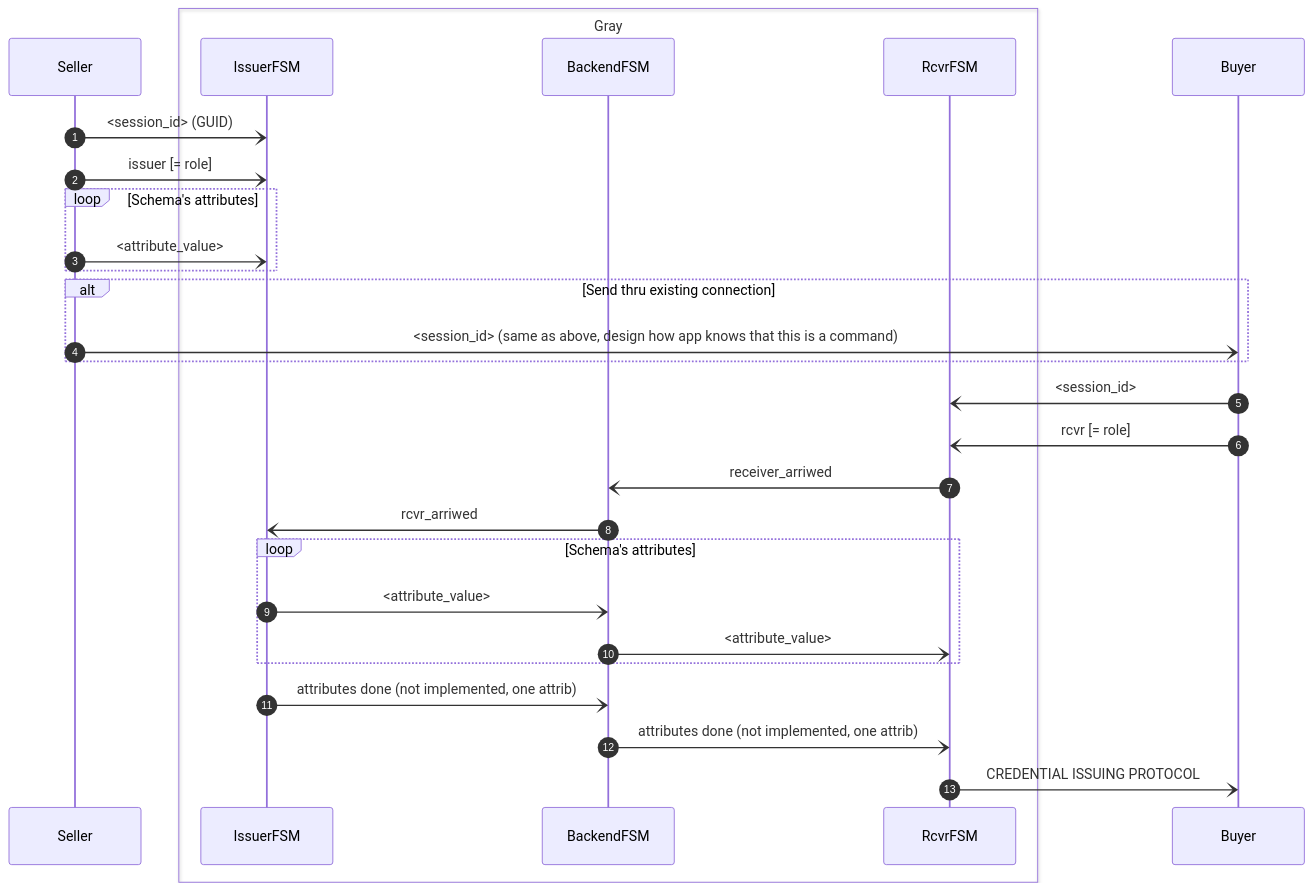
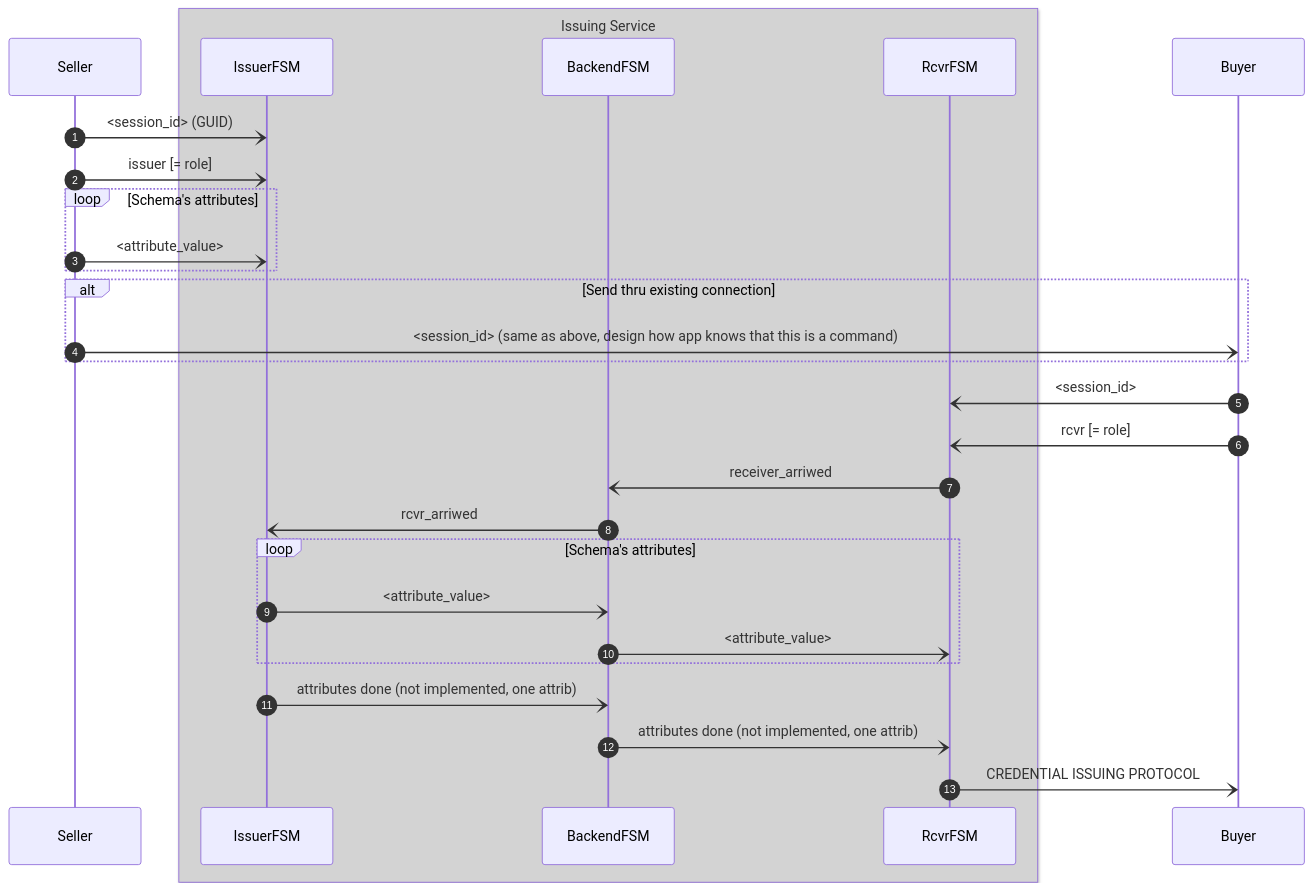
The diagram in scripts/fullstack/fsm/README.md (findy-network/findy-agent-cli), drawn with Mermaid before and after one commit.

Commit message:
lighgray with name only works

````diff
--- a/scripts/fullstack/fsm/README.md
+++ b/scripts/fullstack/fsm/README.md
@@ -183,38 +183,38 @@
 ```mermaid
 sequenceDiagram
     autonumber
 
     participant Seller
 
-    box transparent Gray
+    box Lightgray Issuing Service
     participant IssuerFSM
     participant BackendFSM
     participant RcvrFSM
     end
 
     participant Buyer
 
     Seller -) IssuerFSM: <session_id> (GUID)
     Seller -) IssuerFSM: issuer [= role]
     loop Schema's attributes
     Seller -) IssuerFSM: <attribute_value>
     end
 
     alt Send thru existing connection 
     Seller -) Buyer: <session_id> (same as above, design how app knows that this is a command)
     end
 
     Buyer -) RcvrFSM: <session_id>
     Buyer -) RcvrFSM: rcvr [= role]
 
     RcvrFSM -) BackendFSM: receiver_arriwed
     BackendFSM -) IssuerFSM: rcvr_arriwed
     loop Schema's attributes
     IssuerFSM -) BackendFSM: <attribute_value>
     BackendFSM -) RcvrFSM: <attribute_value>
     end
     IssuerFSM -) BackendFSM: attributes done (not implemented, one attrib)
     BackendFSM -) RcvrFSM: attributes done (not implemented, one attrib)
 
     RcvrFSM -) Buyer: CREDENTIAL ISSUING PROTOCOL
 ```
````
